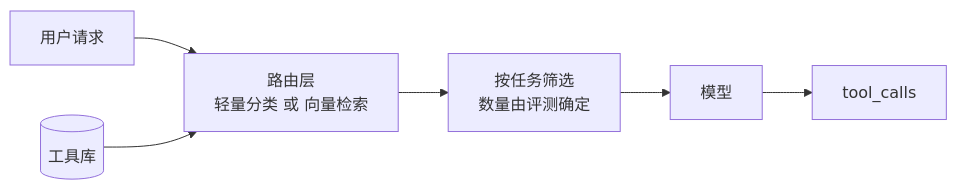
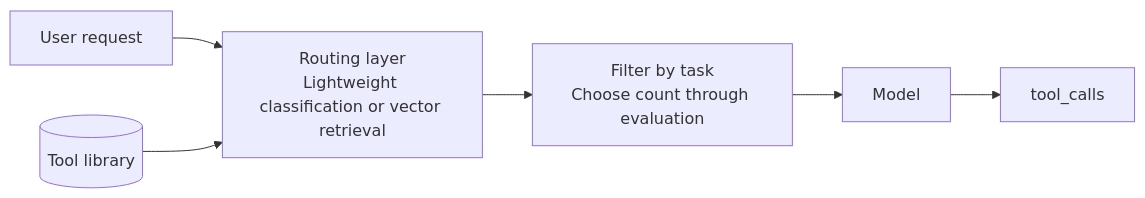
One commit to oneleaveknowsthefall/awesome-ai-roadmap changed the diagram in docs/tools/01-function-calling/03-tool-schema-design.md. Above: the diagram before and after it, drawn with Mermaid. The commit also changed other lines of this file and 42 other files, not shown here.

````diff
--- a/docs/tools/01-function-calling/03-tool-schema-design.md
+++ b/docs/tools/01-function-calling/03-tool-schema-design.md
@@ -198,8 +198,8 @@
 ```mermaid
 flowchart LR
-    Q[用户请求] --> R["路由层<br/>轻量分类 或 向量检索"]
-    POOL[("工具库")] --> R
-    R --> SEL["按任务筛选<br/>数量由评测确定"]
-    SEL --> M[模型]
+    Q[User request] --> R["Routing layer<br/>Lightweight classification or vector retrieval"]
+    POOL[("Tool library")] --> R
+    R --> SEL["Filter by task<br/>Choose count through evaluation"]
+    SEL --> M[Model]
     M --> CALL[tool_calls]
 ```
````
